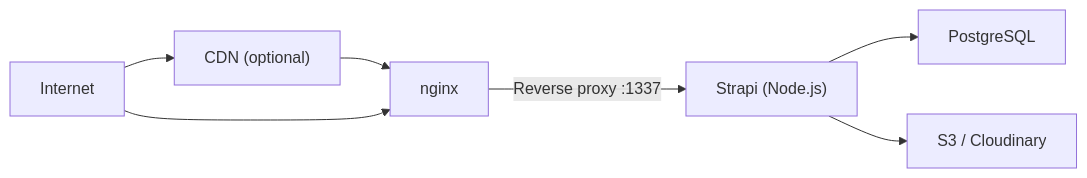
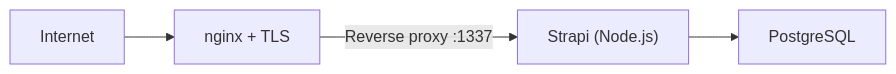
The diagram in docs/strapi/beginners-guide/12-configuration-and-deployment.md (LucaNerlich/lucanerlich.com), drawn with Mermaid before and after one commit. The commit also changed other lines of this file and 1 other file, not shown here.

First line of the commit message:
fix: make the Strapi beginner deploy chapter a walkthrough (#961)

````diff
--- a/docs/strapi/beginners-guide/12-configuration-and-deployment.md
+++ b/docs/strapi/beginners-guide/12-configuration-and-deployment.md
@@ -24,16 +30,11 @@
 ```mermaid
 flowchart LR
     Internet["Internet"]
-    CDN["CDN (optional)"]
-    Nginx["nginx"]
+    Nginx["nginx + TLS"]
     Strapi["Strapi (Node.js)"]
     DB["PostgreSQL"]
-    S3["S3 / Cloudinary"]
 
-    Internet --> CDN
-    CDN --> Nginx
     Internet --> Nginx
     Nginx -->|"Reverse proxy :1337"| Strapi
     Strapi --> DB
-    Strapi --> S3
 ```
````
